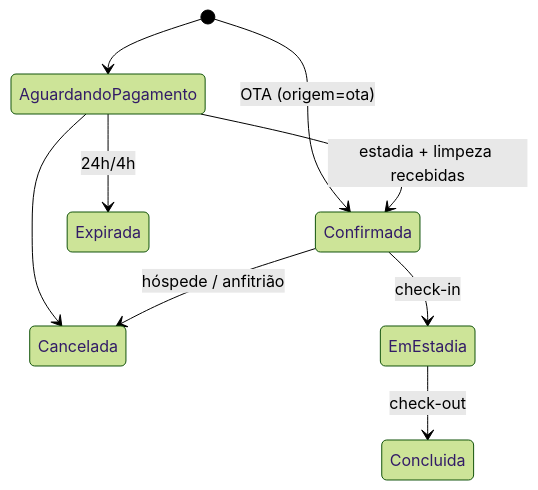
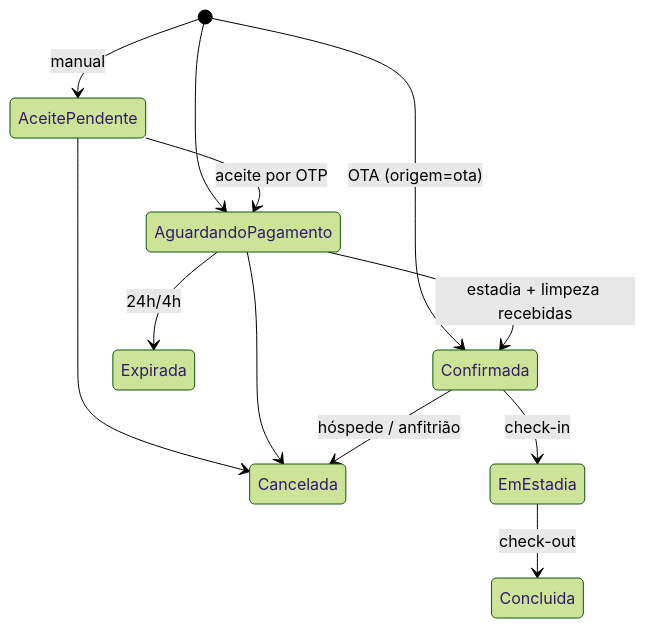
Before and after one commit to rieiro/casalivre: the second of 5 diagrams in docs/produto/specs/spec-00-indice-contrato-comum.md, drawn with Mermaid (forest theme). The commit also changed other lines of this file and 6 other files, not shown here.

````diff
--- a/docs/produto/specs/spec-00-indice-contrato-comum.md
+++ b/docs/produto/specs/spec-00-indice-contrato-comum.md
@@ -63,11 +67,14 @@
 ```mermaid
 stateDiagram-v2
   [*] --> AguardandoPagamento
+  [*] --> AceitePendente: manual
+  AceitePendente --> AguardandoPagamento: aceite por OTP
+  AceitePendente --> Cancelada
   [*] --> Confirmada: OTA (origem=ota)
   AguardandoPagamento --> Confirmada: estadia + limpeza recebidas
   AguardandoPagamento --> Expirada: 24h/4h
   AguardandoPagamento --> Cancelada
   Confirmada --> EmEstadia: check-in
   Confirmada --> Cancelada: hóspede / anfitrião
   EmEstadia --> Concluida: check-out
 ```
````
